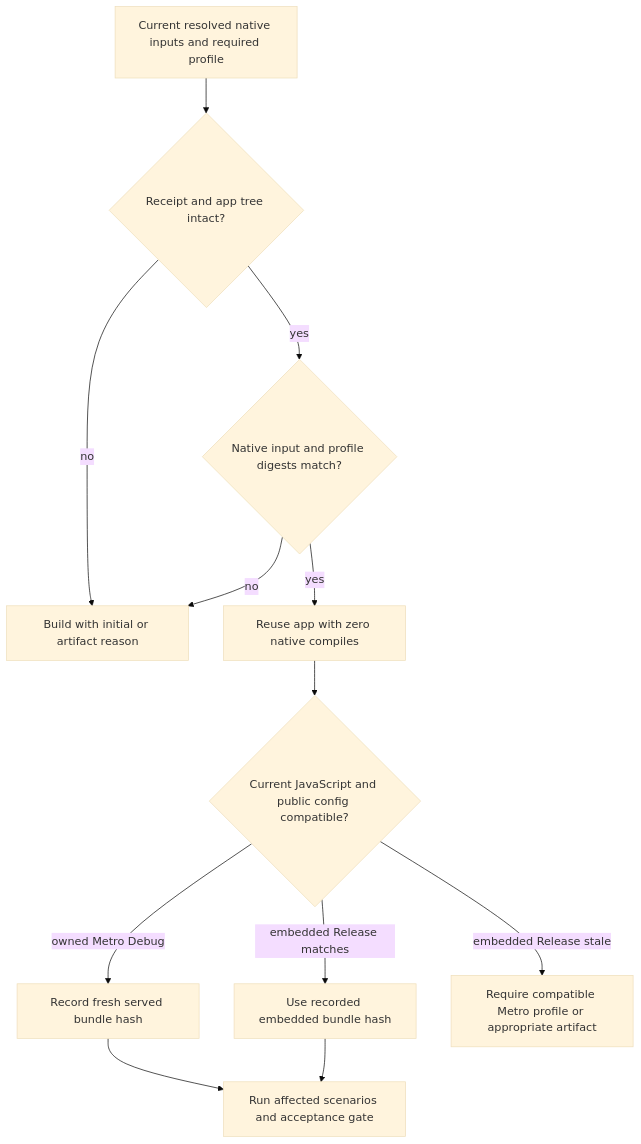
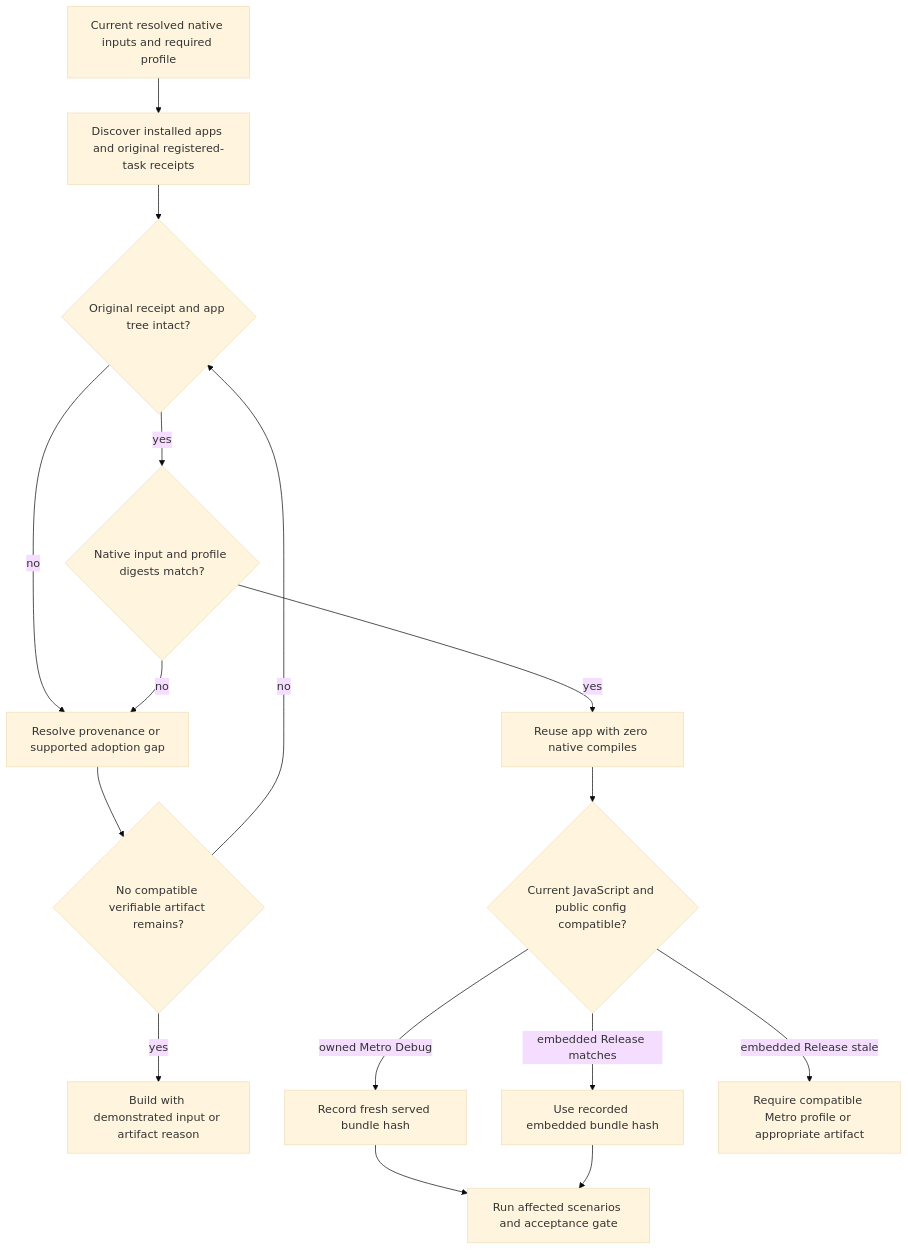
One commit to dgmolla/fitsy changed the diagram in docs/engineering/devops/native-binary-reuse.md. Above: the diagram before and after it, drawn with Mermaid (base theme). The commit also changed other lines of this file and 3 other files, not shown here.

````diff
--- a/docs/engineering/devops/native-binary-reuse.md
+++ b/docs/engineering/devops/native-binary-reuse.md
@@ -9,14 +10,18 @@
 ```mermaid
 flowchart TD
-  C[Current resolved native inputs and required profile] --> D{Receipt and app tree intact?}
-  D -- no --> B[Build with initial or artifact reason]
+  C[Current resolved native inputs and required profile] --> I[Discover installed apps and original registered-task receipts]
+  I --> D{Original receipt and app tree intact?}
+  D -- no --> O[Resolve provenance or supported adoption gap]
+  O --> N{No compatible verifiable artifact remains?}
+  N -- yes --> B[Build with demonstrated input or artifact reason]
+  N -- no --> D
   D -- yes --> M{Native input and profile digests match?}
-  M -- no --> B
+  M -- no --> O
   M -- yes --> R[Reuse app with zero native compiles]
   R --> J{Current JavaScript and public config compatible?}
   J -- owned Metro Debug --> S[Record fresh served bundle hash]
   J -- embedded Release matches --> E[Use recorded embedded bundle hash]
   J -- embedded Release stale --> P[Require compatible Metro profile or appropriate artifact]
   S --> A[Run affected scenarios and acceptance gate]
   E --> A
 ```
````
